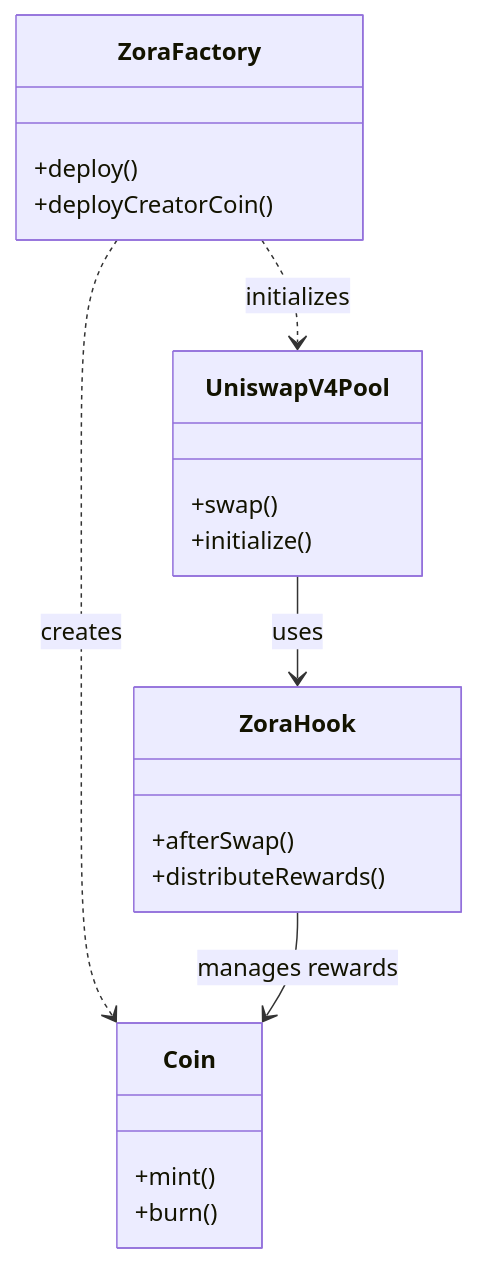
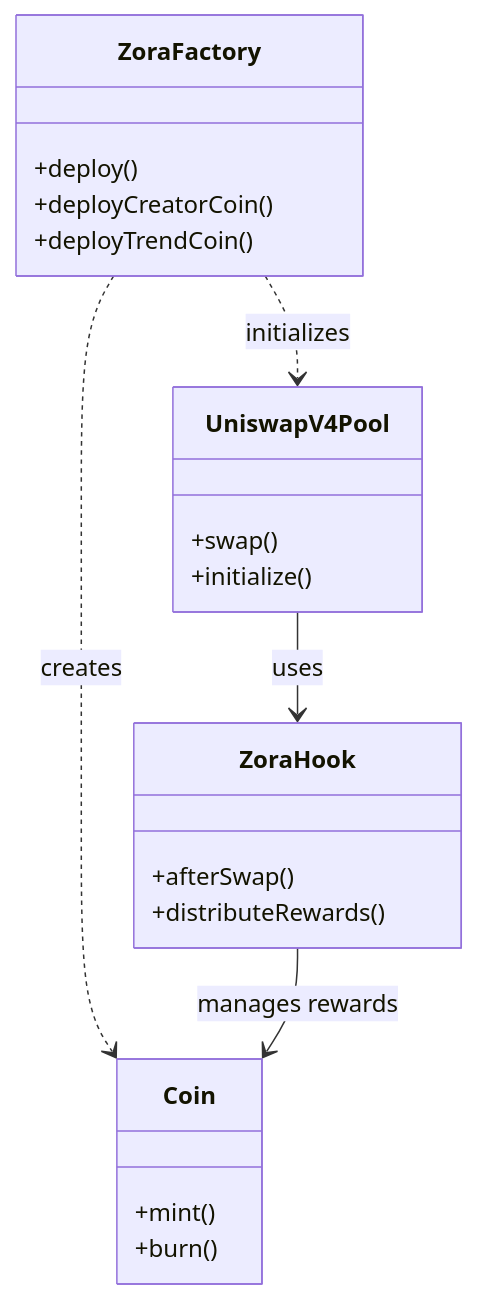
The diagram in docs/pages/coins/contracts/creating-a-coin.mdx (ourzora/zora-protocol), drawn with Mermaid before and after one commit. The commit also changed other lines of this file and 6 other files, not shown here.

````diff
--- a/docs/pages/coins/contracts/creating-a-coin.mdx
+++ b/docs/pages/coins/contracts/creating-a-coin.mdx
@@ -18,27 +18,28 @@
 ```mermaid
 classDiagram
     class ZoraFactory {
         +deploy()
         +deployCreatorCoin()
+        +deployTrendCoin()
     }
     
     class Coin {
         +mint()
         +burn()
     }
     
     class UniswapV4Pool {
         +swap()
         +initialize()
     }
     
     class ZoraHook {
         +afterSwap()
         +distributeRewards()
     }
     
     ZoraFactory ..> Coin : creates
     ZoraFactory ..> UniswapV4Pool : initializes
     UniswapV4Pool --> ZoraHook : uses
     ZoraHook --> Coin : manages rewards
 ```
````
